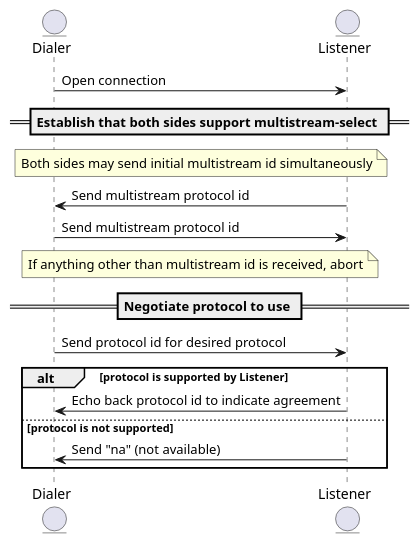
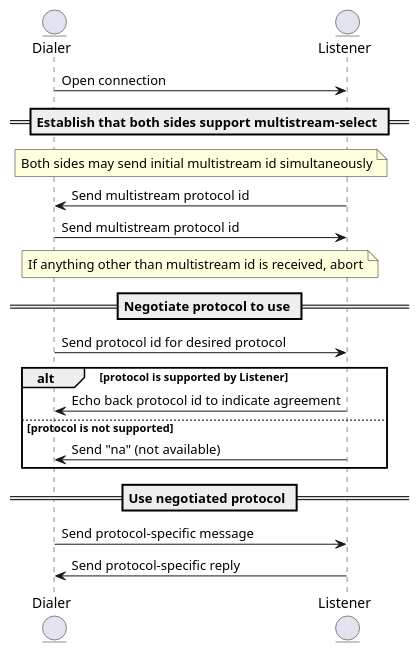
The diagram in connections/multistream.plantuml (libp2p/specs), drawn with PlantUML before and after one commit. The commit also changed 4 other files, not shown here.

Commit message:
describe & diagram connection upgrade process

```diff
--- a/connections/multistream.plantuml
+++ b/connections/multistream.plantuml
@@ -1,24 +1,29 @@
 @startuml
 
 entity Dialer
 entity Listener
 Dialer -> Listener: Open connection
 
 == Establish that both sides support multistream-select ==
 
 note over Dialer, Listener: Both sides may send initial multistream id simultaneously
 Listener -> Dialer: Send multistream protocol id
 Dialer -> Listener: Send multistream protocol id
 note over Dialer, Listener: If anything other than multistream id is received, abort
 
 
 == Negotiate protocol to use ==
 Dialer -> Listener: Send protocol id for desired protocol
 
 alt protocol is supported by Listener
   Listener -> Dialer: Echo back protocol id to indicate agreement
 else protocol is not supported
   Listener -> Dialer: Send "na" (not available)
 end
 
+== Use negotiated protocol ==
+
+Dialer -> Listener: Send protocol-specific message
+Listener -> Dialer: Send protocol-specific reply
+
 @enduml
```
